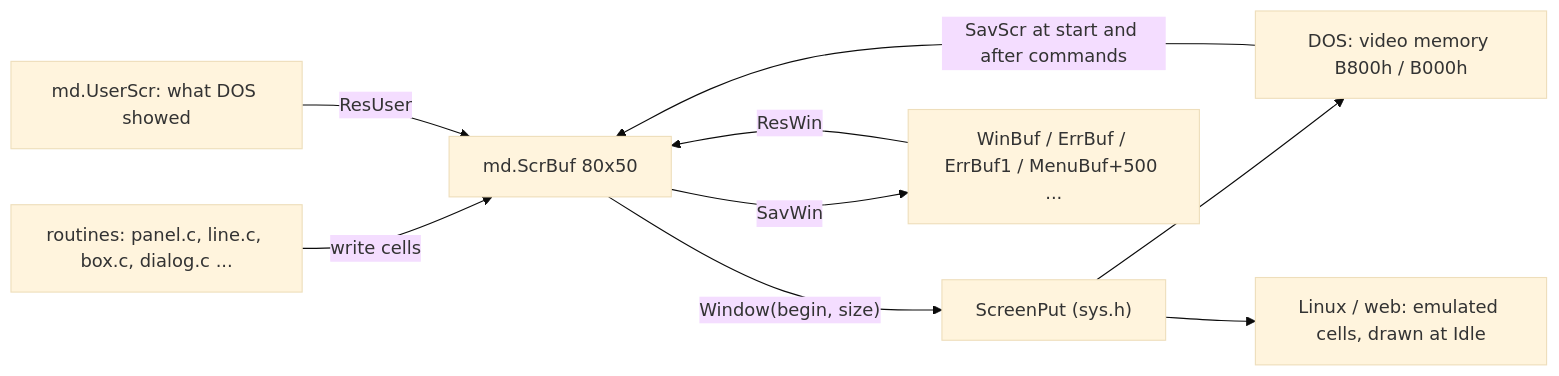
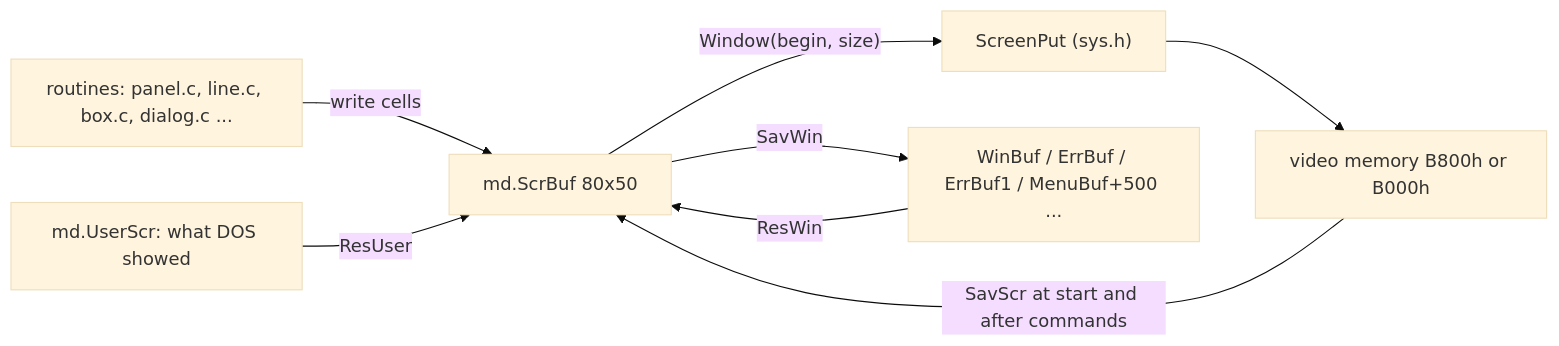
One commit to mmotorny/vibe_commander changed the sixth of 7 diagrams in docs/design/01-the-program.md. Above: the diagram before and after it, drawn with Mermaid (base theme). The commit also changed other lines of this file and 13 other files, not shown here.

````diff
--- a/docs/design/01-the-program.md
+++ b/docs/design/01-the-program.md
@@ -831,11 +920,10 @@
 ```mermaid
 graph LR
     R["routines: panel.c, line.c, box.c, dialog.c ..."] -- "write cells" --> SB["md.ScrBuf 80x50"]
     SB -- "Window(begin, size)" --> SP["ScreenPut (sys.h)"]
-    SP --> DOS["DOS: video memory B800h / B000h"]
-    SP --> LNX["Linux / web: emulated cells, drawn at Idle"]
+    SP --> DOS["video memory B800h or B000h"]
     SB -- "SavWin" --> SAVE["WinBuf / ErrBuf / ErrBuf1 / MenuBuf+500 ..."]
     SAVE -- "ResWin" --> SB
     US["md.UserScr: what DOS showed"] -- "ResUser" --> SB
     DOS -- "SavScr at start and after commands" --> SB
 ```
````
